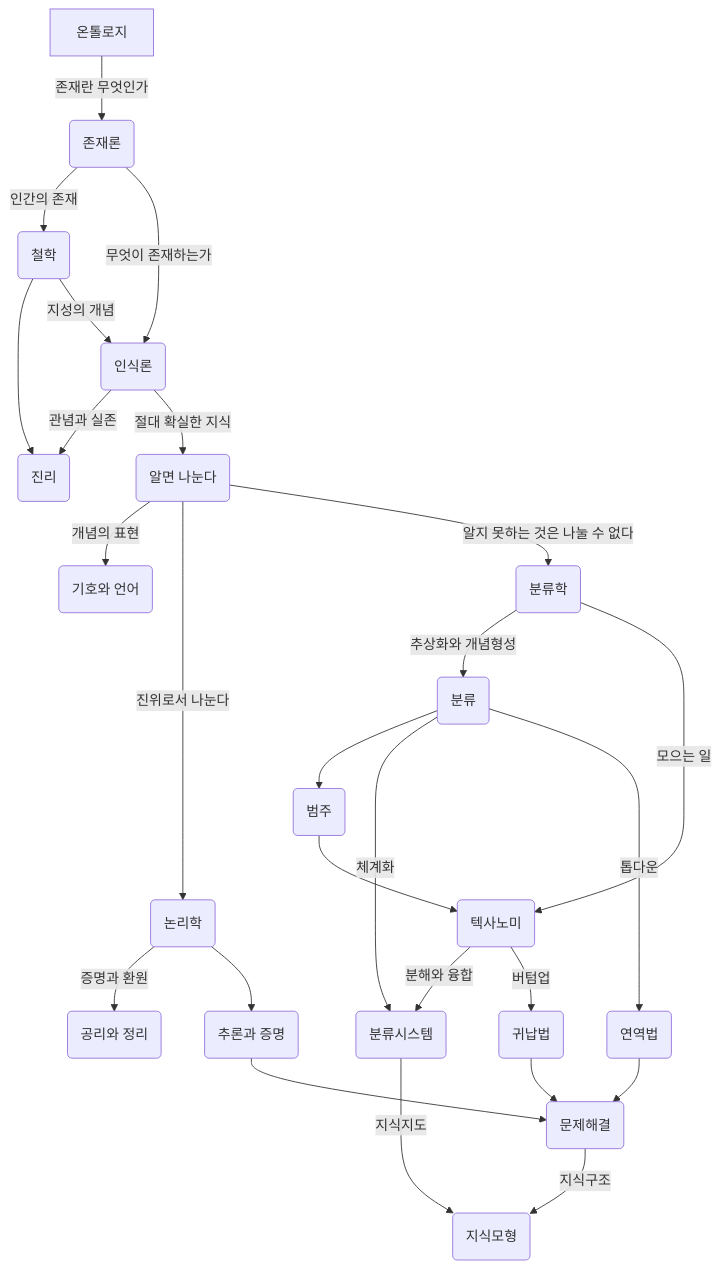
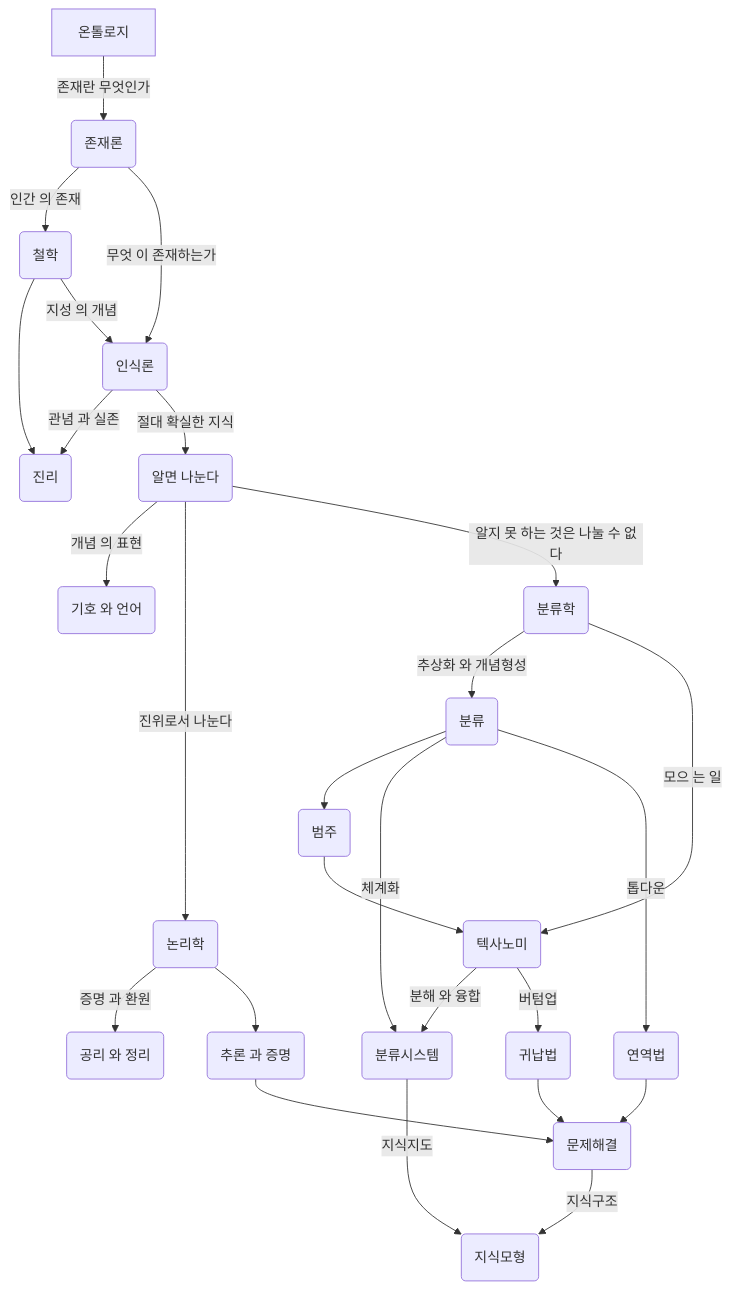
Before and after one commit to junghan0611/garden: the diagram in content/bib/20240402T011718.md, drawn with Mermaid. The commit also changed other lines of this file and 1043 other files, not shown here.

````diff
--- a/content/bib/20240402T011718.md
+++ b/content/bib/20240402T011718.md
@@ -537,30 +537,30 @@
 ```mermaid
-%% 그림1-6 온톨로지 알고리즘의 K-Map
+%% 그림1-6 온톨로지 알고리즘 의 K-Map
 
 flowchart TD
 A[온톨로지] -->|존재란 무엇인가| B(존재론)
-B -->|인간의 존재| C(철학)
-B -->|무엇이 존재하는가| D(인식론)
+B -->|인간 의 존재| C(철학)
+B -->|무엇 이 존재하는가| D(인식론)
 C --> E(진리)
-C --> |지성의 개념|D
-D --> |관념과 실존|E
+C --> |지성 의 개념|D
+D --> |관념 과 실존|E
 D --> |절대 확실한 지식| F(알면 나눈다)
-F --> |개념의 표현| G(기호와 언어)
+F --> |개념 의 표현| G(기호 와 언어)
 F --> |진위로서 나눈다| H(논리학)
-F --> |알지 못하는 것은 나눌 수 없다| I(분류학)
-H --> |증명과 환원| J(공리와 정리)
-H --> K(추론과 증명)
+F --> |알지 못 하는 것은 나눌 수 없다| I(분류학)
+H --> |증명 과 환원| J(공리 와 정리)
+H --> K(추론 과 증명)
 K --> L(문제해결)
-I --> |추상화와 개념형성| M(분류)
-I --> |모으는 일| N(텍사노미)
+I --> |추상화 와 개념형성| M(분류)
+I --> |모으 는 일| N(텍사노미)
 M --> O(범주)
 O --> N
 M --> |체계화| P(분류시스템)
 M --> |톱다운| Q(연역법)
-N --> |분해와 융합|P
+N --> |분해 와 융합|P
 N --> |버텀업| R(귀납법)
 P --> |지식지도| S(지식모형)
 Q --> L(문제해결)
 R --> L
 L --> |지식구조| S
 ```
````
